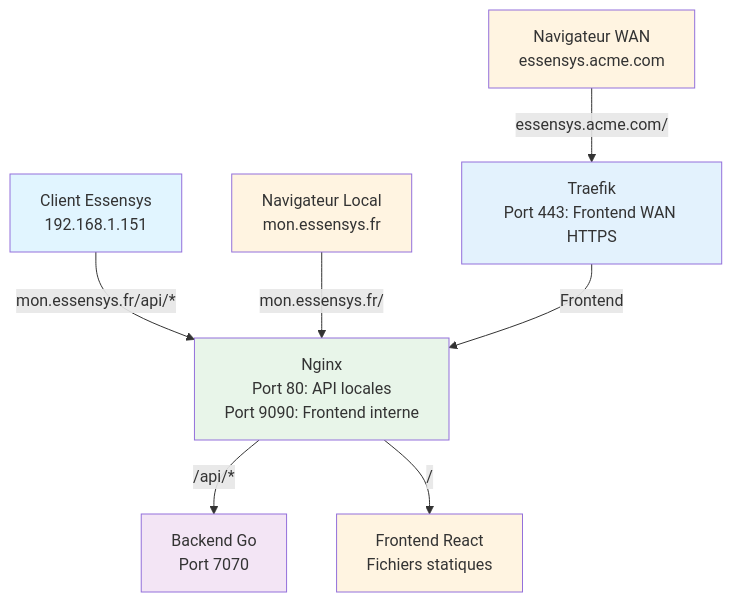
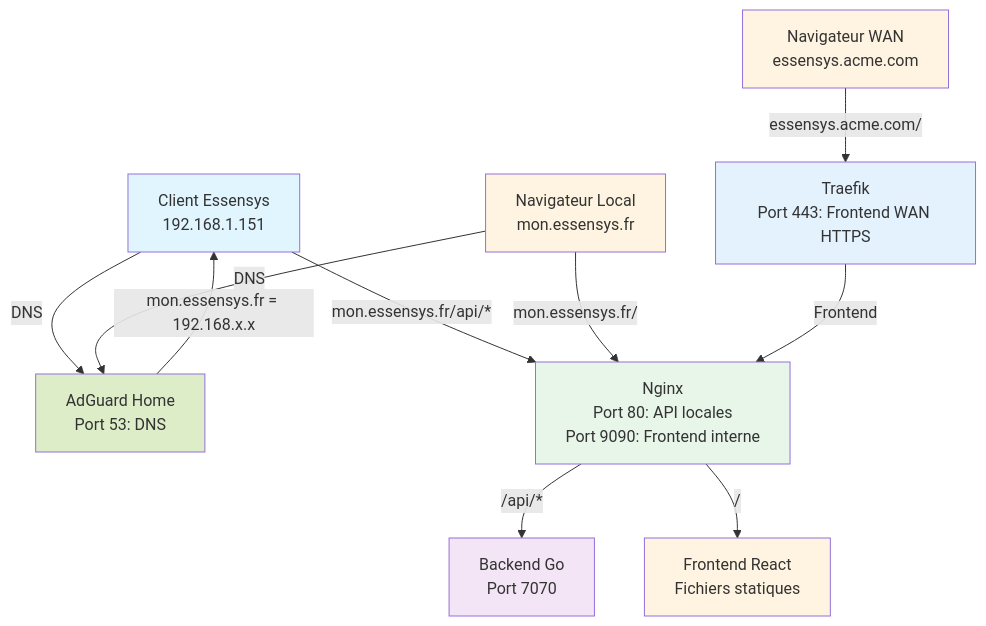
One commit to essensys-hub/essensys-raspberry-install changed the first of 3 diagrams in docs/architecture/index.md. Above: the diagram before and after it, drawn with Mermaid. The commit also changed other lines of this file and 2 other files, not shown here.

Commit message:
Docs: Detailed AdGuard documentation (Archi, Maintenance, Config)

````diff
--- a/docs/architecture/index.md
+++ b/docs/architecture/index.md
@@ -15,27 +16,33 @@
 ```mermaid
 graph TB
     Client[Client Essensys<br/>192.168.1.151]
     BrowserLocal[Navigateur Local<br/>mon.essensys.fr]
     BrowserWAN[Navigateur WAN<br/>essensys.acme.com]
     
+    AdGuard[AdGuard Home<br/>Port 53: DNS]
     Nginx[Nginx<br/>Port 80: API locales<br/>Port 9090: Frontend interne]
     Traefik[Traefik<br/>Port 443: Frontend WAN HTTPS]
     Backend[Backend Go<br/>Port 7070]
     Frontend[Frontend React<br/>Fichiers statiques]
+    
+    Client -->|DNS| AdGuard
+    BrowserLocal -->|DNS| AdGuard
+    AdGuard -->|mon.essensys.fr = 192.168.x.x| Client
     
     Client -->|mon.essensys.fr/api/*| Nginx
     BrowserLocal -->|mon.essensys.fr/| Nginx
     BrowserWAN -->|essensys.acme.com/| Traefik
     
     Nginx -->|/api/*| Backend
     Nginx -->|/| Frontend
     Traefik -->|Frontend| Nginx
     
+    style AdGuard fill:#dcedc8
     style Client fill:#e1f5ff
     style BrowserLocal fill:#fff4e1
     style BrowserWAN fill:#fff4e1
     style Nginx fill:#e8f5e9
     style Traefik fill:#e3f2fd
     style Backend fill:#f3e5f5
     style Frontend fill:#fff4e1
 ```
````
